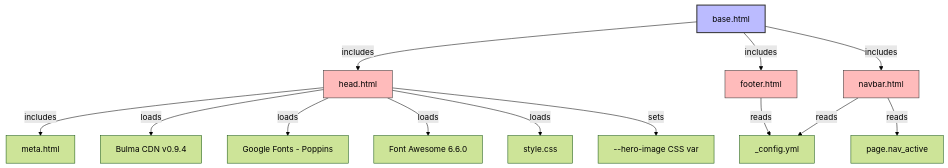
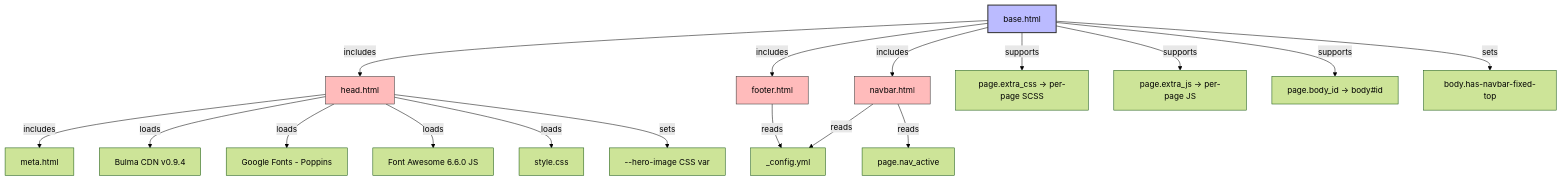
Before and after one commit to lin-mengwei/lin-mengwei.github.io: the third of 6 diagrams in ARCHITECTURE.md, drawn with Mermaid (forest theme). The commit also changed other lines of this file, not shown here.

````diff
--- a/ARCHITECTURE.md
+++ b/ARCHITECTURE.md
@@ -125,21 +129,25 @@
 ```mermaid
 graph TD
     base[base.html] -->|includes| head[head.html]
     base -->|includes| navbar[navbar.html]
     base -->|includes| footer[footer.html]
+    base -->|supports| extra_css["page.extra_css → per-page SCSS"]
+    base -->|supports| extra_js["page.extra_js → per-page JS"]
+    base -->|supports| body_id["page.body_id → body#id"]
+    base -->|sets| body_class["body.has-navbar-fixed-top"]
     head -->|includes| meta[meta.html]
     head -->|loads| bulma[Bulma CDN v0.9.4]
     head -->|loads| fonts[Google Fonts - Poppins]
-    head -->|loads| fa[Font Awesome 6.6.0]
+    head -->|loads| fa[Font Awesome 6.6.0 JS]
     head -->|loads| style_css[style.css]
     head -->|sets| css_var["--hero-image CSS var"]
     
     navbar -->|reads| _config[_config.yml]
     navbar -->|reads| page_nav["page.nav_active"]
     footer -->|reads| _config
     
     style base fill:#bbf,stroke:#333,stroke-width:2px
     style head fill:#fbb,stroke:#333
     style navbar fill:#fbb,stroke:#333
     style footer fill:#fbb,stroke:#333
 ```
````
